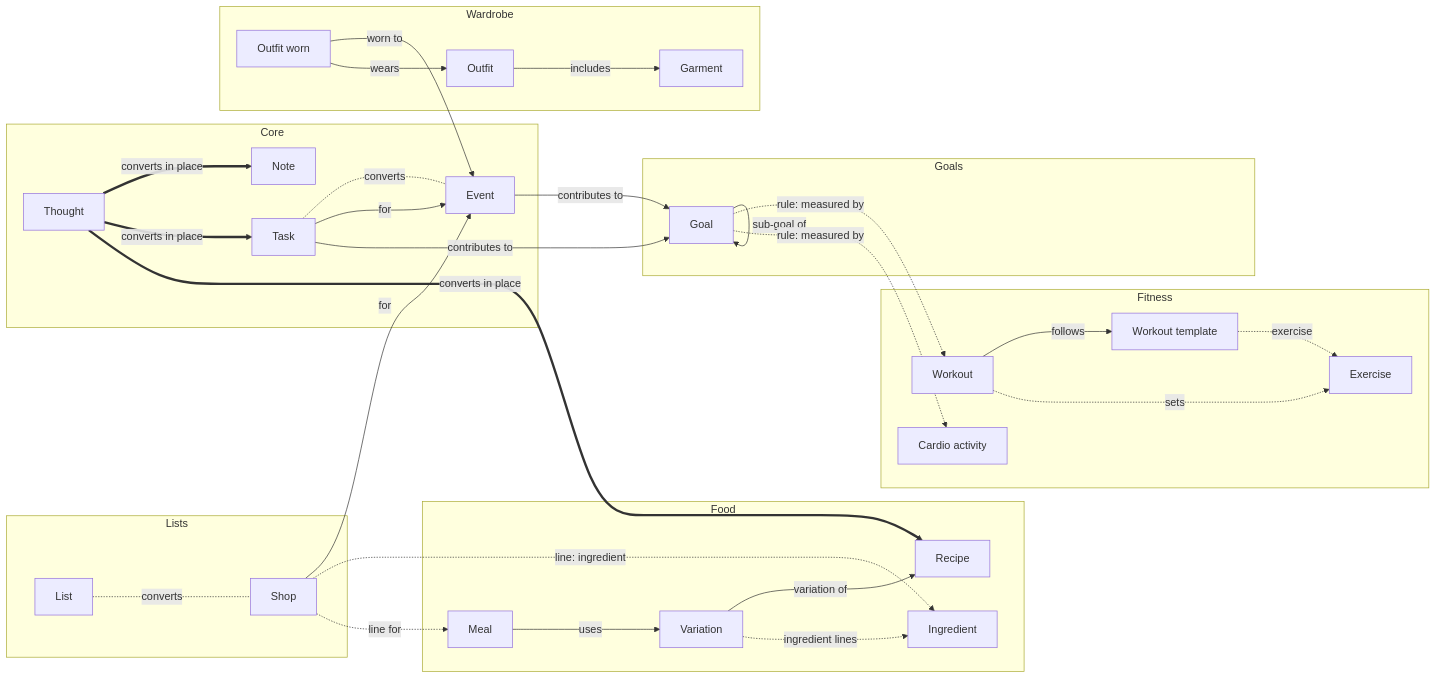
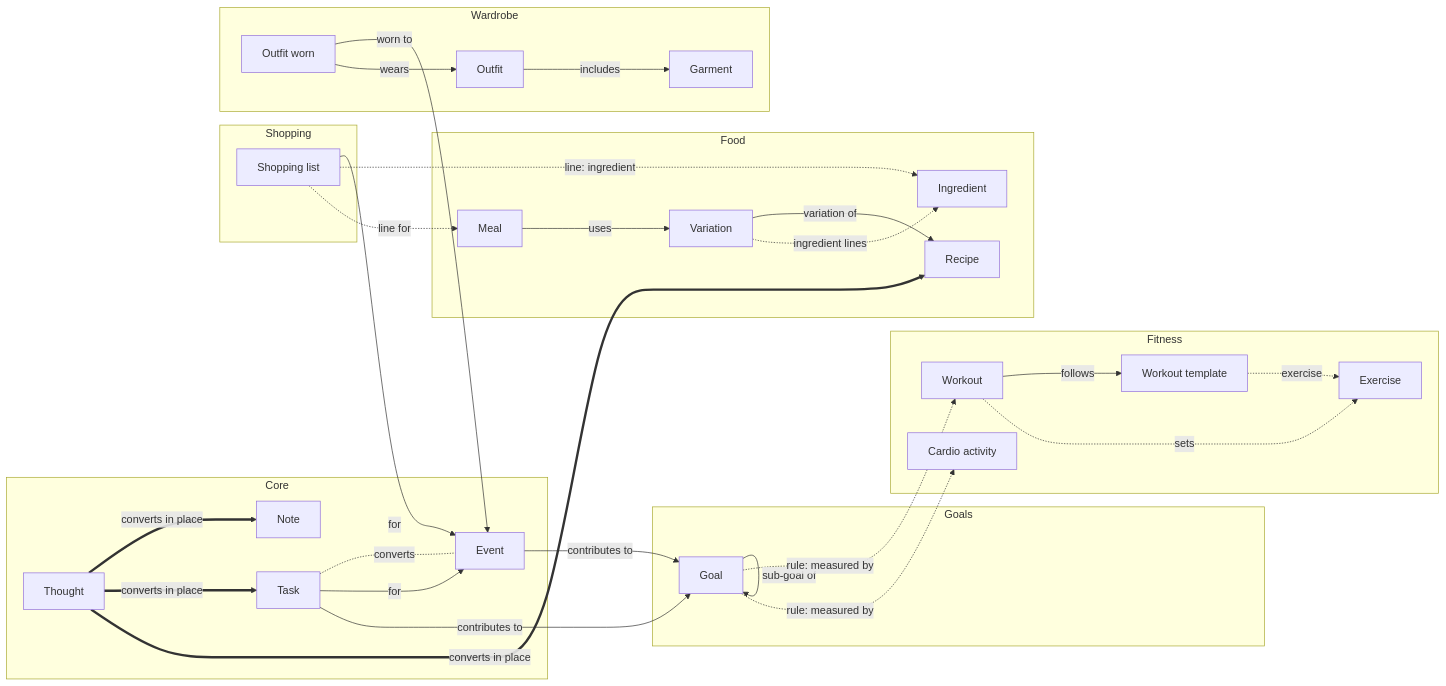
Before and after one commit to joestables/lifeos: the first of 2 diagrams in docs/20-architecture/data-model.md, drawn with Mermaid. The commit also changed other lines of this file and 35 other files, not shown here.

First line of the commit message:
Stage 4, step 1: first draft of the food spec; one Shopping list Type

````diff
--- a/docs/20-architecture/data-model.md
+++ b/docs/20-architecture/data-model.md
@@ -323,60 +319,58 @@
 ```mermaid
 flowchart LR
   subgraph CORE[Core]
     Thought
     Note
     Task
     Event
   end
   subgraph FOOD[Food]
     Recipe
     Variation
     Meal
     Ingredient
   end
-  subgraph LISTS[Lists]
-    List
-    Shop
+  subgraph SHOPPING[Shopping]
+    Shop[Shopping list]
   end
   subgraph WARDROBE[Wardrobe]
     Garment
     Outfit
     OutfitWorn[Outfit worn]
   end
   subgraph FITNESS[Fitness]
     Exercise
     Template[Workout template]
     Workout
     Cardio[Cardio activity]
   end
   subgraph GOALS[Goals]
     Goal
   end
 
   Thought == converts in place ==> Note
   Thought == converts in place ==> Task
   Thought == converts in place ==> Recipe
   Task -. converts .- Event
-  List -. converts .- Shop
 
   Meal -- uses --> Variation
   Variation -- variation of --> Recipe
   Task -- for --> Event
   Shop -- for --> Event
   OutfitWorn -- worn to --> Event
   OutfitWorn -- wears --> Outfit
   Outfit -- includes --> Garment
   Workout -- follows --> Template
   Task -- contributes to --> Goal
   Event -- contributes to --> Goal
   Goal -- sub-goal of --> Goal
 
   Variation -. "ingredient lines" .-> Ingredient
   Shop -. "line: ingredient" .-> Ingredient
   Shop -. line for .-> Meal
   Template -. exercise .-> Exercise
   Workout -. sets .-> Exercise
 
   Goal -. "rule: measured by" .-> Workout
   Goal -. "rule: measured by" .-> Cardio
 ```
````
